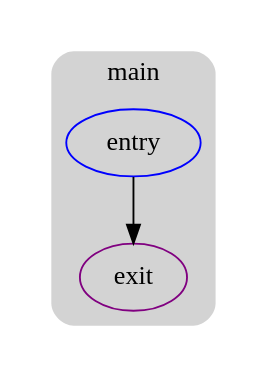
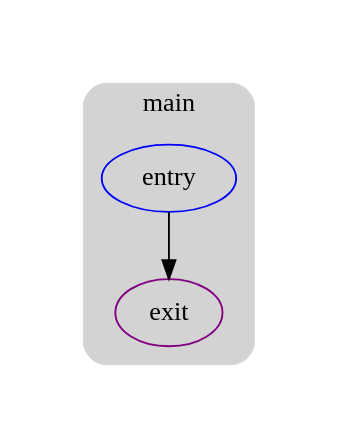
Before and after one commit to UnsignedByte/6120: the diagram in playground/max_int.cfg.dot, drawn with Graphviz. The commit also changed 76 other files, not shown here.

Commit message:
add margin around graphs

```diff
--- a/playground/max_int.cfg.dot
+++ b/playground/max_int.cfg.dot
@@ -1,15 +1,21 @@
 digraph G {
   compound=true
   subgraph cluster_ {
     peripheries=0
-    subgraph cluster_0 {
-      label="main"
-      color=darkgray
-      style=rounded
-      bgcolor=lightgray
-      cluster_0_0[label="entry",shape=oval,color=blue,rank=source]
-      cluster_0_exit[label=exit,color=purple,rank=sink]
-      cluster_0_0 -> cluster_0_exit [color=black]
+    margin=10
+    subgraph cluster_0_wrapper {
+      peripheries=0
+      margin=15
+      subgraph cluster_0 {
+        label="main"
+        color=darkgray
+        style=rounded
+        bgcolor=lightgray
+        margin=10
+        cluster_0_0[label="entry",shape=oval,color=blue,rank=source]
+        cluster_0_exit[label=exit,color=purple,rank=sink]
+        cluster_0_0 -> cluster_0_exit [color=black]
+      }
     }
   }
 }
```
